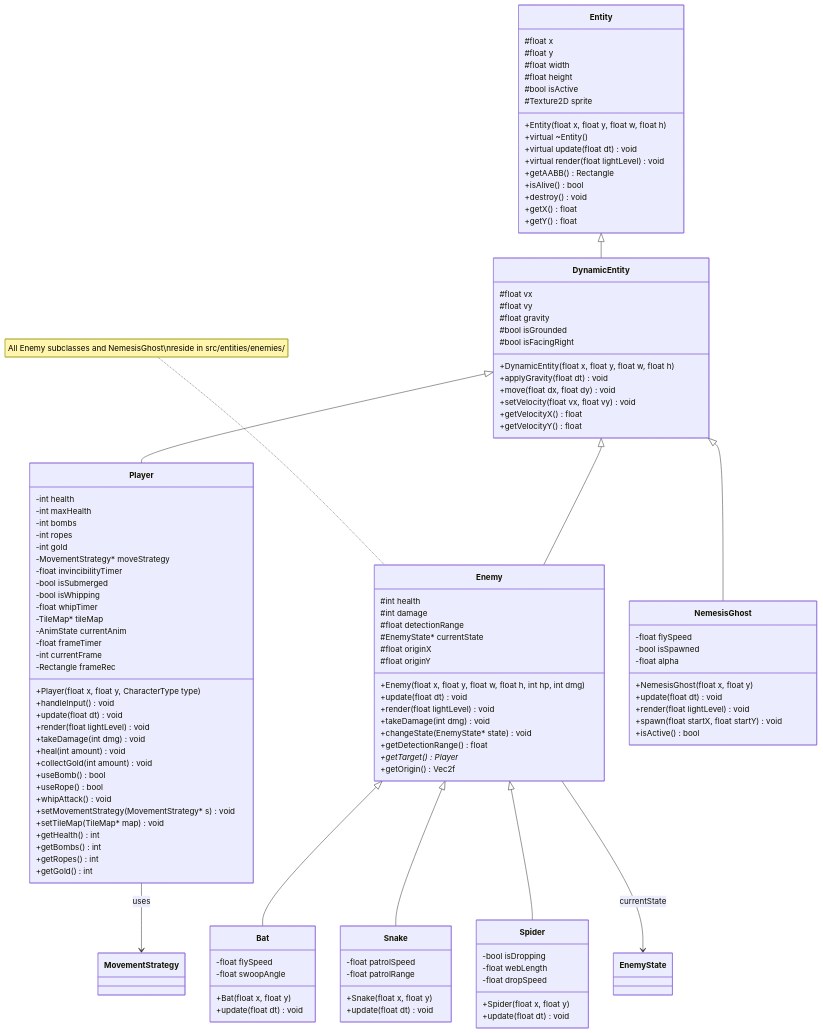
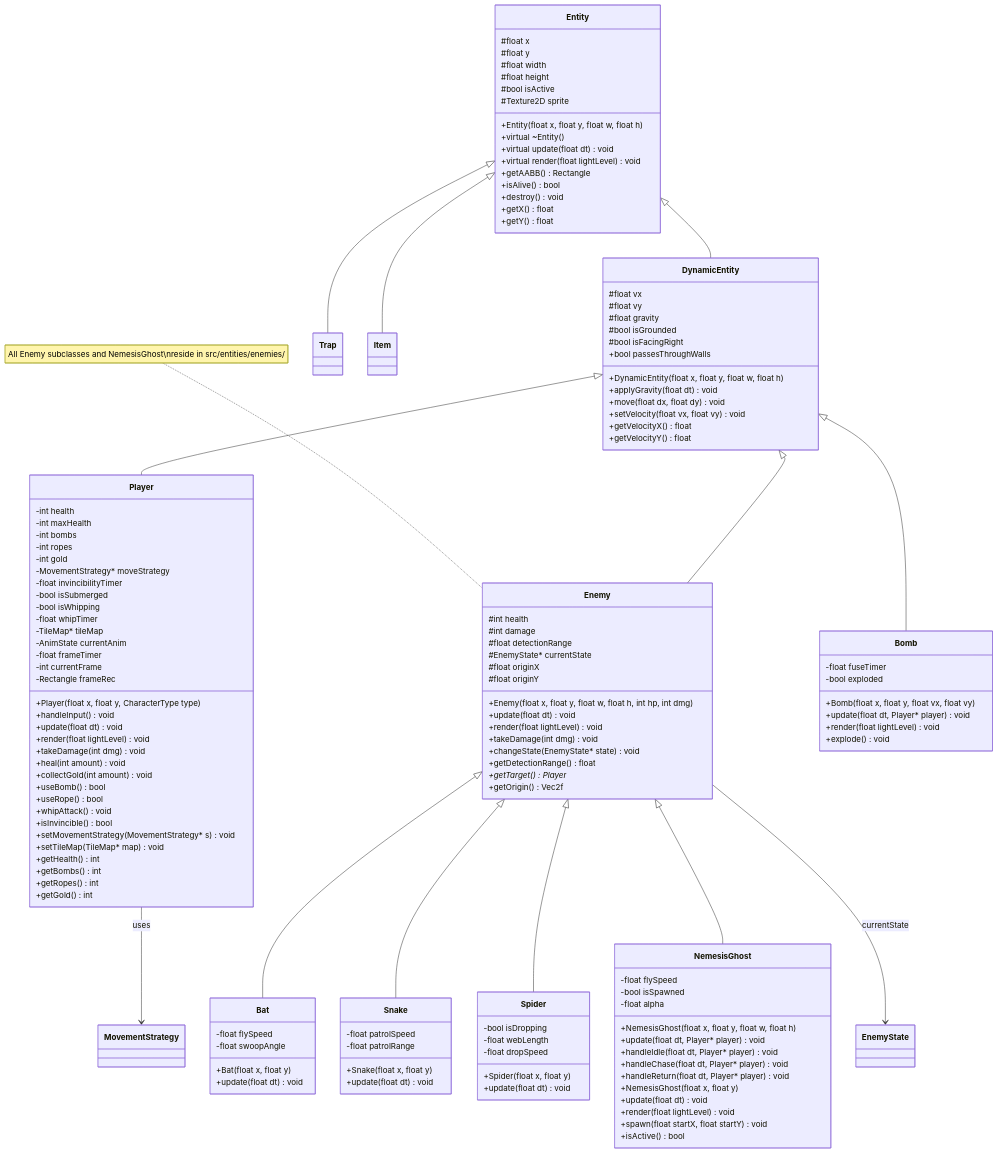
Before and after one commit to Gasmask-Chan/CS202-Cavern-Descent: the second of 8 diagrams in project_plan.md, drawn with Mermaid. The commit also changed 14 other files, not shown here.

````diff
--- a/project_plan.md
+++ b/project_plan.md
@@ -534,6 +534,7 @@
         #float gravity
         #bool isGrounded
         #bool isFacingRight
+        +bool passesThroughWalls
         +DynamicEntity(float x, float y, float w, float h)
         +applyGravity(float dt) void
         +move(float dx, float dy) void
@@ -568,6 +569,7 @@
         +useBomb() bool
         +useRope() bool
         +whipAttack() void
+        +isInvincible() bool
         +setMovementStrategy(MovementStrategy* s) void
         +setTileMap(TileMap* map) void
         +getHealth() int
@@ -591,6 +593,23 @@
         +getDetectionRange() float
         +getTarget() Player*
         +getOrigin() Vec2f
+    }
+
+    class NemesisGhost {
+        +NemesisGhost(float x, float y, float w, float h)
+        +update(float dt, Player* player) void
+        +handleIdle(float dt, Player* player) void
+        +handleChase(float dt, Player* player) void
+        +handleReturn(float dt, Player* player) void
+    }
+
+    class Bomb {
+        -float fuseTimer
+        -bool exploded
+        +Bomb(float x, float y, float vx, float vy)
+        +update(float dt, Player* player) void
+        +render(float lightLevel) void
+        +explode() void
     }
 
     class Bat {
@@ -629,12 +648,15 @@
     }
 
     Entity <|-- DynamicEntity
+    Entity <|-- Trap
+    Entity <|-- Item
     DynamicEntity <|-- Player
     DynamicEntity <|-- Enemy
-    DynamicEntity <|-- NemesisGhost
+    DynamicEntity <|-- Bomb
     Enemy <|-- Bat
     Enemy <|-- Snake
     Enemy <|-- Spider
+    Enemy <|-- NemesisGhost
     Player --> MovementStrategy : uses
     Enemy --> EnemyState : currentState
 ```
````
